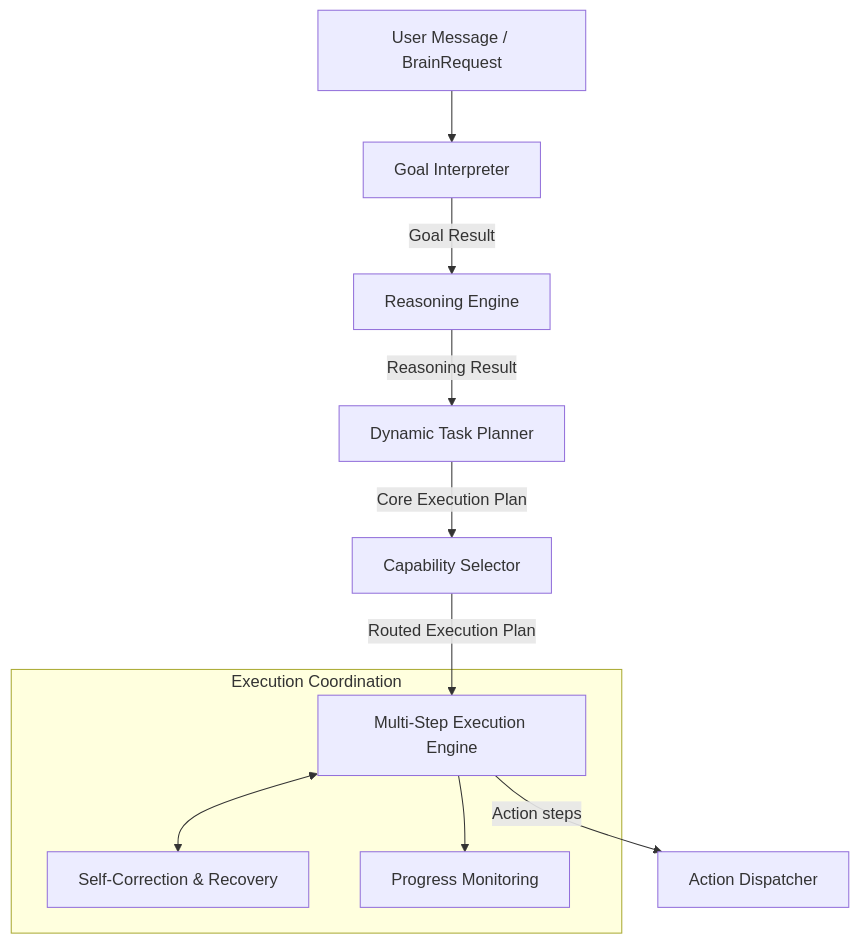
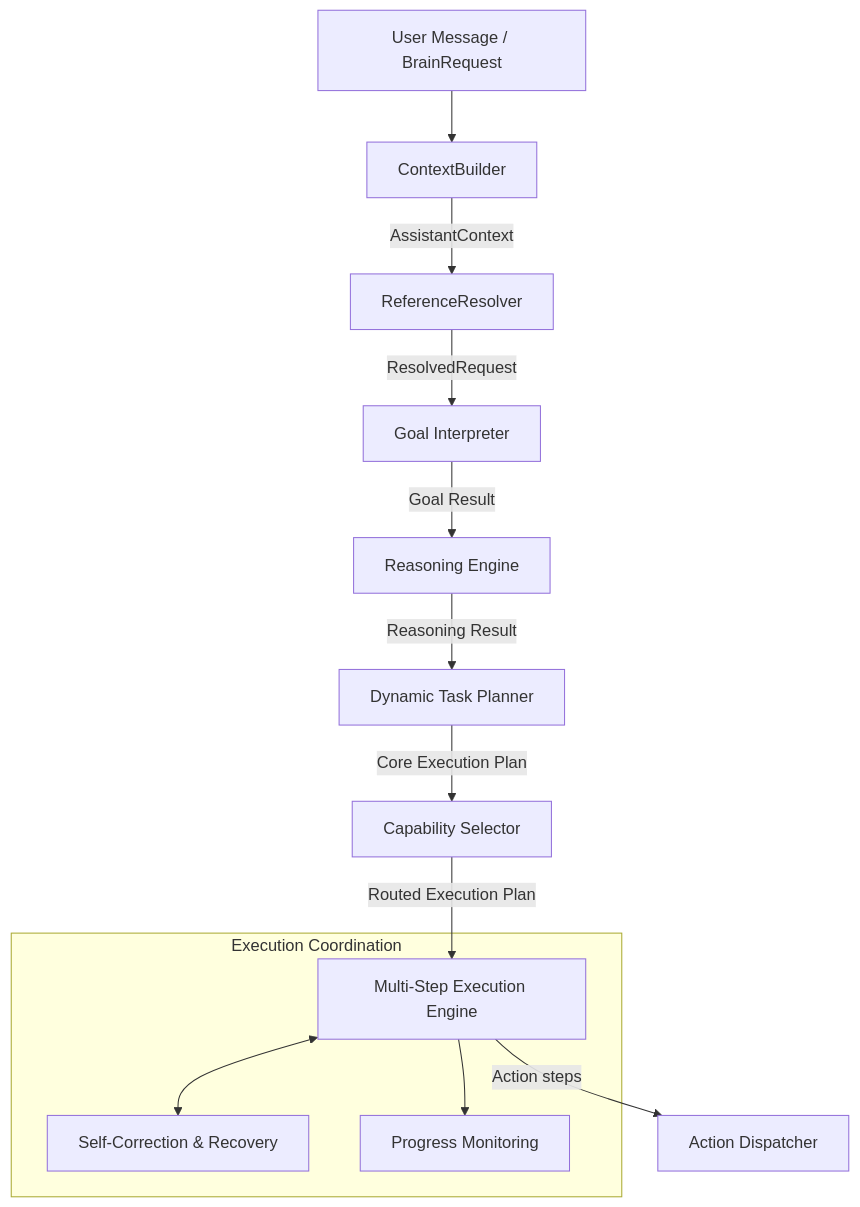
Before and after one commit to Vish-0806/Auralis-voice-file-manager: the diagram in backend/brain/README.md, drawn with Mermaid. The commit also changed other lines of this file and 5 other files, not shown here.

````diff
--- a/backend/brain/README.md
+++ b/backend/brain/README.md
@@ -9,15 +9,17 @@
 ```mermaid
 graph TD
-    Request[User Message / BrainRequest] --> Interpreter[Goal Interpreter]
+    Request[User Message / BrainRequest] --> Builder[ContextBuilder]
+    Builder -->|AssistantContext| Resolver[ReferenceResolver]
+    Resolver -->|ResolvedRequest| Interpreter[Goal Interpreter]
     Interpreter --> |Goal Result| Reasoning[Reasoning Engine]
     Reasoning --> |Reasoning Result| Planner[Dynamic Task Planner]
     Planner --> |Core Execution Plan| Selector[Capability Selector]
     Selector --> |Routed Execution Plan| Executor[Multi-Step Execution Engine]
     
     subgraph Execution Coordination
         Executor <--> Recovery[Self-Correction & Recovery]
         Executor --> Progress[Progress Monitoring]
     end
     
     Executor --> |Action steps| Dispatcher[Action Dispatcher]
 ```
````
